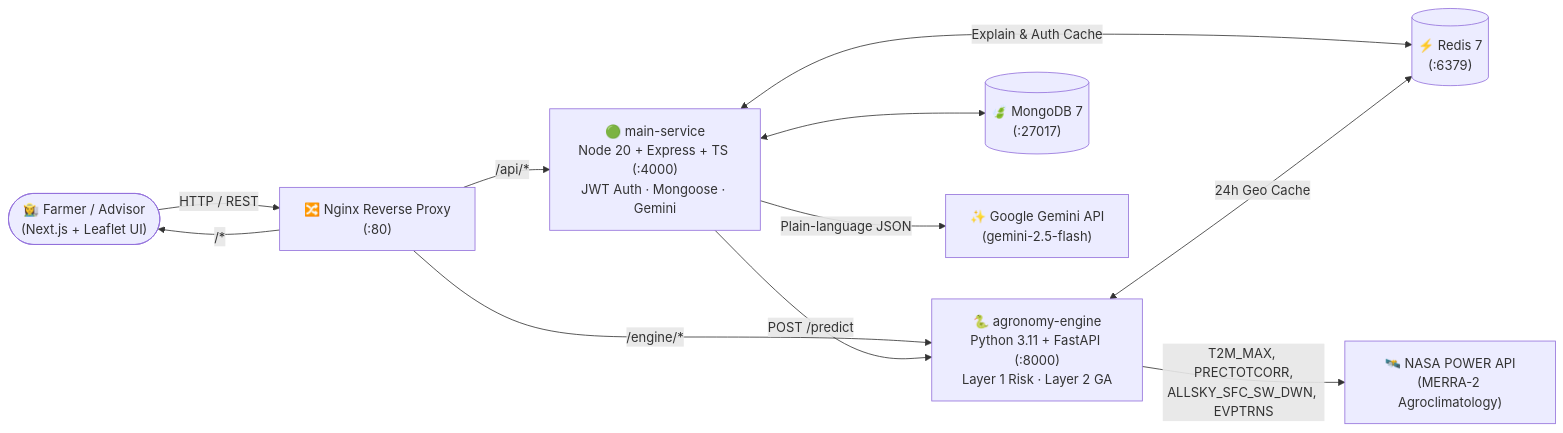
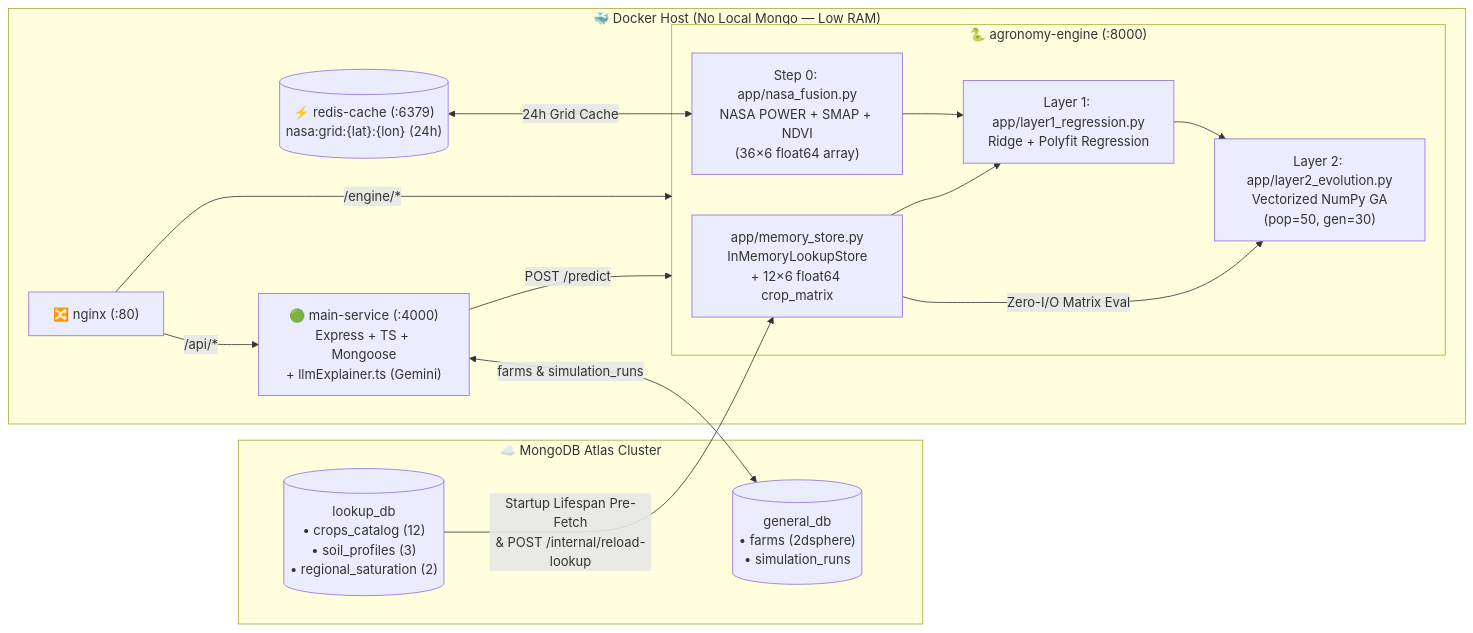
The diagram in README.md (ARTEGIX/TerraShift), drawn with Mermaid before and after one commit. The commit also changed other lines of this file and 44 other files, not shown here.

````diff
--- a/README.md
+++ b/README.md
@@ -12,22 +11,30 @@
 ```mermaid
 flowchart LR
-    Farmer(["👩‍🌾 Farmer / Advisor\n(Next.js + Leaflet UI)"])
-    Nginx["🔀 Nginx Reverse Proxy\n(:80)"]
-    Main["🟢 main-service\nNode 20 + Express + TS (:4000)\nJWT Auth · Mongoose · Gemini"]
-    Engine["🐍 agronomy-engine\nPython 3.11 + FastAPI (:8000)\nLayer 1 Risk · Layer 2 GA"]
-    Mongo[("🍃 MongoDB 7\n(:27017)")]
-    Redis[("⚡ Redis 7\n(:6379)")]
-    NASA["🛰️ NASA POWER API\n(MERRA-2 Agroclimatology)"]
-    Gemini["✨ Google Gemini API\n(gemini-2.5-flash)"]
+    subgraph Atlas["☁️ MongoDB Atlas Cluster"]
+        LookupDB[("lookup_db\n• crops_catalog (12)\n• soil_profiles (3)\n• regional_saturation (2)")]
+        GeneralDB[("general_db\n• farms (2dsphere)\n• simulation_runs")]
+    end
 
-    Farmer -->|HTTP / REST| Nginx
+    subgraph VPS["🐳 Docker Host (No Local Mongo — Low RAM)"]
+        Nginx["🔀 nginx (:80)"]
+        Main["🟢 main-service (:4000)\nExpress + TS + Mongoose\n+ llmExplainer.ts (Gemini)"]
+        Redis[("⚡ redis-cache (:6379)\nnasa:grid:{lat}:{lon} (24h)")]
+        subgraph Engine["🐍 agronomy-engine (:8000)"]
+            MemStore["app/memory_store.py\nInMemoryLookupStore\n+ 12×6 float64 crop_matrix"]
+            Fusion["Step 0: app/nasa_fusion.py\nNASA POWER + SMAP + NDVI\n(36×6 float64 array)"]
+            Layer1["Layer 1: app/layer1_regression.py\nRidge + Polyfit Regression"]
+            Layer2["Layer 2: app/layer2_evolution.py\nVectorized NumPy GA\n(pop=50, gen=30)"]
+        end
+    end
+
+    LookupDB -->|Startup Lifespan Pre-Fetch\n& POST /internal/reload-lookup| MemStore
+    Redis <-->|24h Grid Cache| Fusion
+    Fusion --> Layer1
+    MemStore --> Layer1
+    Layer1 --> Layer2
+    MemStore -->|Zero-I/O Matrix Eval| Layer2
     Nginx -->|/api/*| Main
     Nginx -->|/engine/*| Engine
-    Nginx -->|/*| Farmer
     Main -->|POST /predict| Engine
-    Main <--> Mongo
-    Main <-->|Explain & Auth Cache| Redis
-    Engine <-->|24h Geo Cache| Redis
-    Engine -->|T2M_MAX, PRECTOTCORR,\nALLSKY_SFC_SW_DWN, EVPTRNS| NASA
-    Main -->|Plain-language JSON| Gemini
+    Main <-->|farms & simulation_runs| GeneralDB
 ```
````
